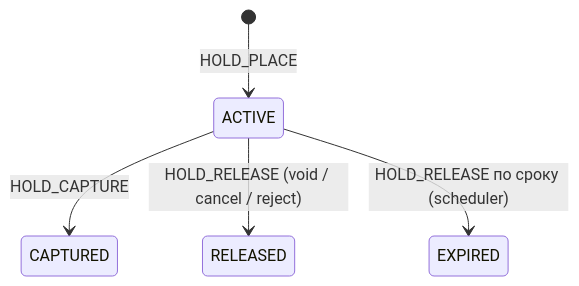
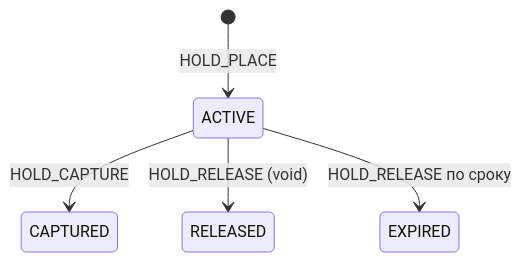
Before and after one commit to romangergovskiy/paycore: the third of 3 diagrams in paycore/docs/architecture/money-flows.md, drawn with Mermaid. The commit also changed other lines of this file and 12 other files, not shown here.

````diff
--- a/paycore/docs/architecture/money-flows.md
+++ b/paycore/docs/architecture/money-flows.md
@@ -66,7 +74,7 @@
 ```mermaid
 stateDiagram-v2
     [*] --> ACTIVE: HOLD_PLACE
     ACTIVE --> CAPTURED: HOLD_CAPTURE
-    ACTIVE --> RELEASED: HOLD_RELEASE (void / cancel / reject)
-    ACTIVE --> EXPIRED: HOLD_RELEASE по сроку (scheduler)
+    ACTIVE --> RELEASED: HOLD_RELEASE (void)
+    ACTIVE --> EXPIRED: HOLD_RELEASE по сроку
 ```
````
